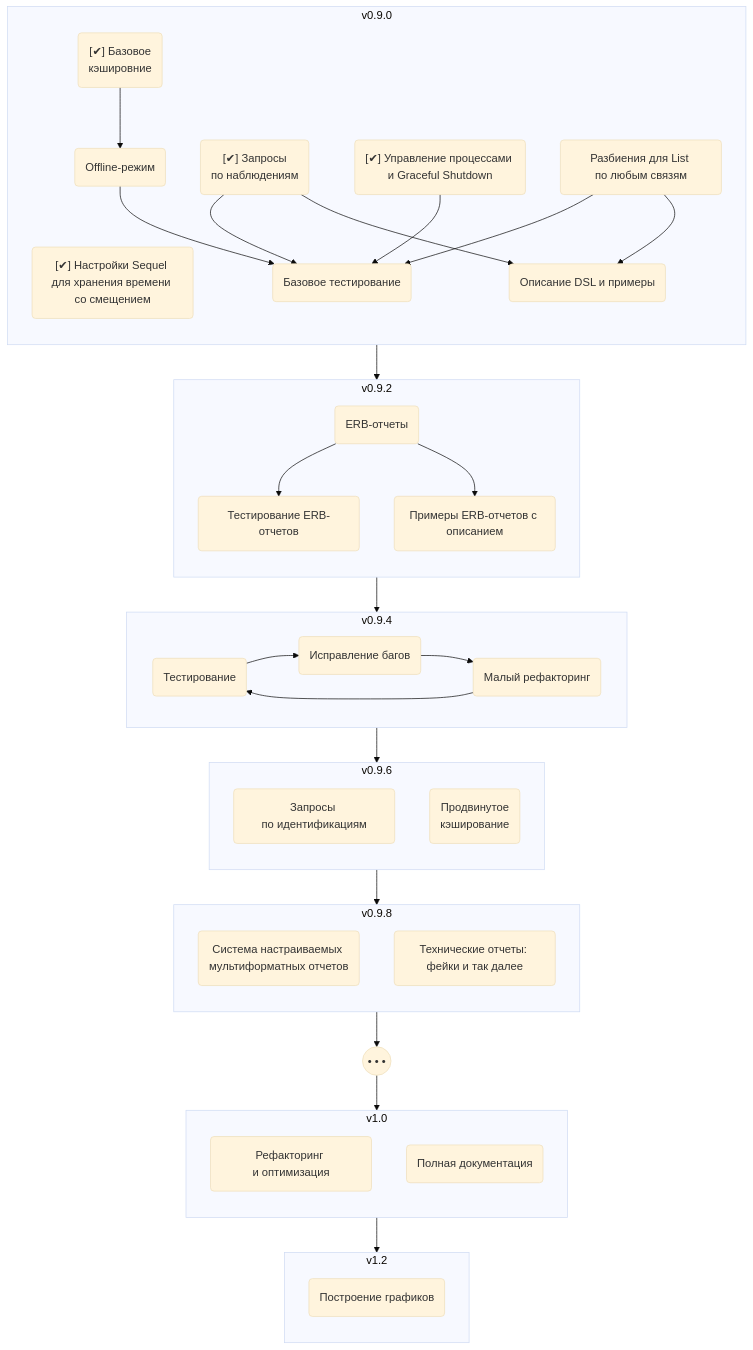
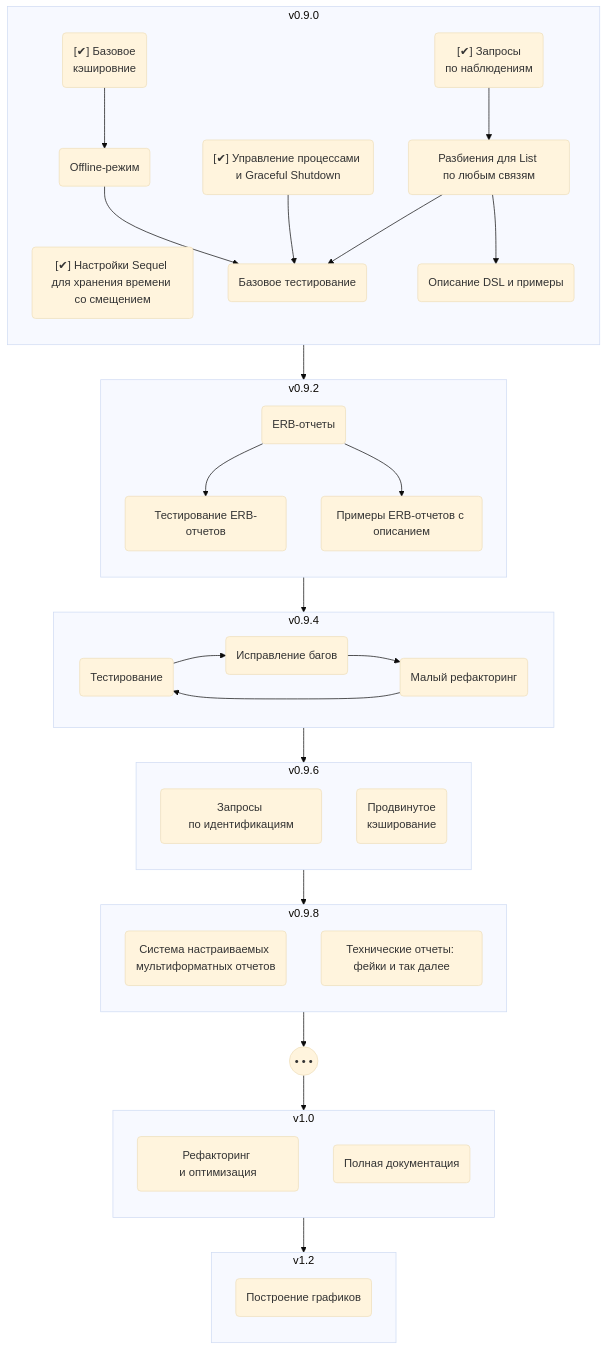
One commit to inat-get/inat-get changed the diagram in share/inat-get/dev-docs/roadmap.md. Above: the diagram before and after it, drawn with Mermaid (base theme).

Commit message:
minor in roadmap

````diff
--- a/share/inat-get/dev-docs/roadmap.md
+++ b/share/inat-get/dev-docs/roadmap.md
@@ -2,77 +2,76 @@
 ```mermaid
 flowchart TB
 
   subgraph R090 ["v0.9.0"]
     direction TB
     Timing("[✔] Настройки Sequel для хранения времени со смещением")
     Shutdown("[✔] Управление процессами и Graceful Shutdown")
     Observs("[✔] Запросы<br>по наблюдениям")
     Caching("[✔] Базовое<br>кэшировние")
     Lists("Разбиения для List по любым связям")
     Offline("Offline-режим")
     BaseTesting("Базовое тестирование")
     BaseDoc("Описание DSL и примеры")
   end
 
   subgraph R092 ["v0.9.2"]
     direction TB
     ERB("ERB-отчеты")
     ERBTests("Тестирование ERB-отчетов")
     ERBSamples("Примеры ERB-отчетов с описанием")
   end
 
   subgraph R094 ["v0.9.4"]
     direction LR
     Testing("Тестирование")
     Debugging("Исправление багов")
     Ref1("Малый рефакторинг")
   end
 
   subgraph R096 ["v0.9.6"]
     direction TB
     Idents("Запросы по идентификациям")
     AdvCaching("Продвинутое<br>кэширование")
   end
 
   subgraph R098 ["v0.9.8"]
     direction TB
     Reporting("Система настраиваемых мультиформатных отчетов")
     TechReps("Технические отчеты: фейки и так далее")
   end
 
   Smth(("• • •"))
 
   subgraph R100 ["v1.0"]
     direction TB
     Refactoring("Рефакторинг и оптимизация")
     Documenting("Полная документация")
   end
 
   subgraph R120 ["v1.2"]
     direction TB
     Graphics("Построение графиков")
   end
 
   R090 --> R092
   R092 --> R094
   R094 --> R096
   R096 --> R098
   R098 --> Smth
   Smth --> R100
   R100 --> R120
 
   Caching --> Offline
-  Observs --> BaseTesting
   Offline --> BaseTesting
   Shutdown --> BaseTesting
-  Observs --> BaseDoc
+  Observs --> Lists
   Lists --> BaseTesting
   Lists --> BaseDoc
 
   ERB --> ERBTests
   ERB --> ERBSamples
 
   Testing --> Debugging
   Debugging --> Ref1
   Ref1 --> Testing
 ```
````
